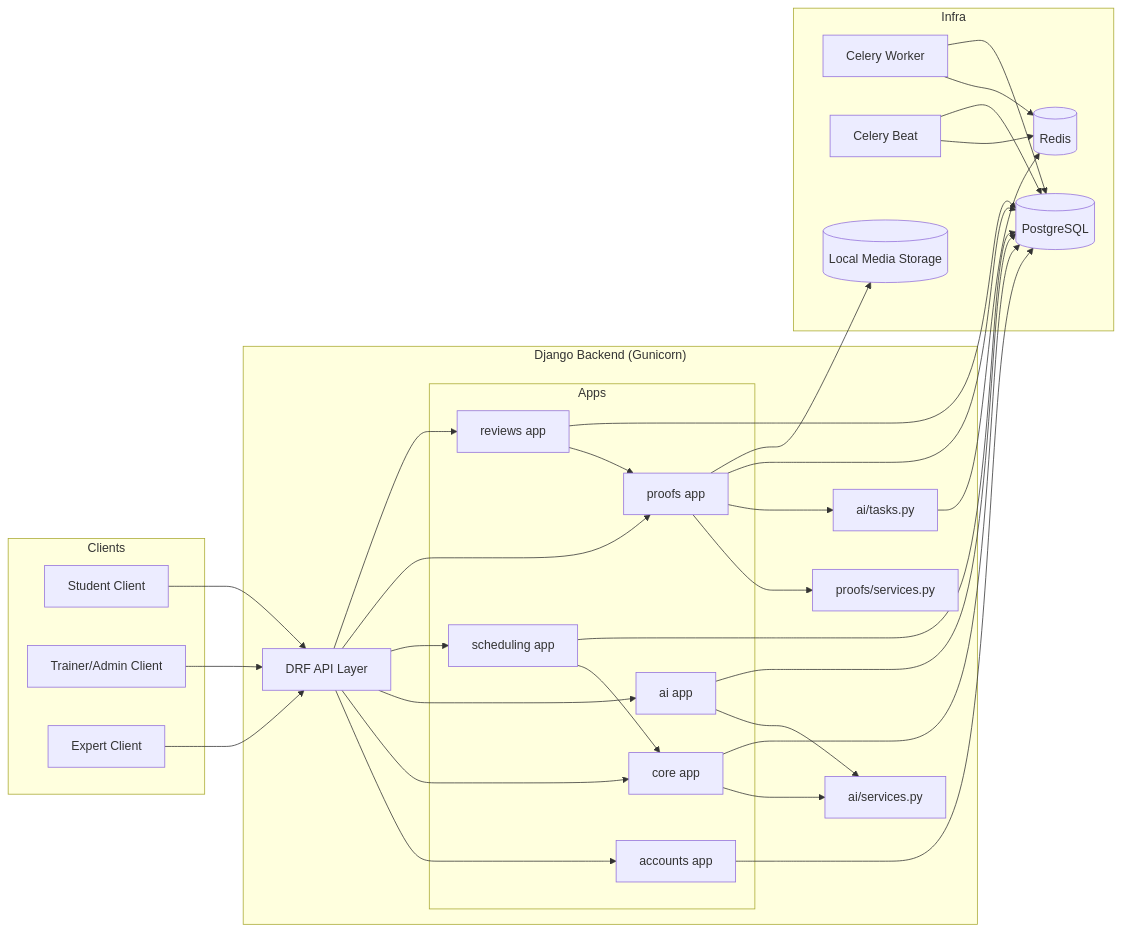
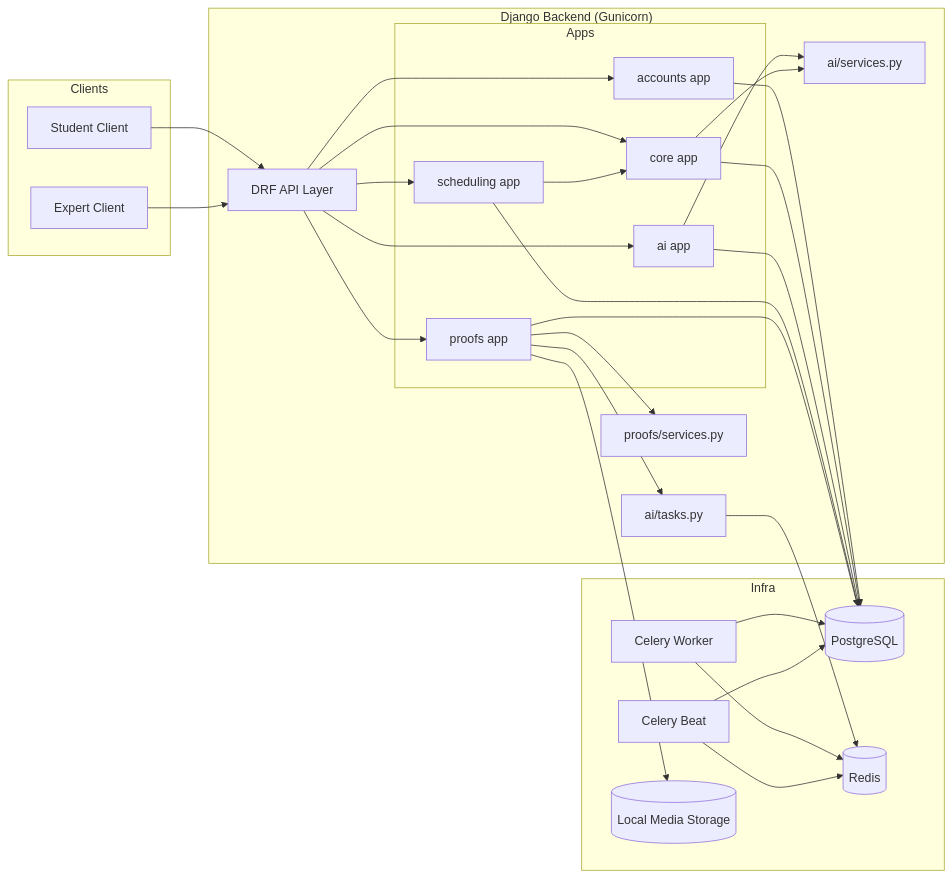
One commit to samaltion114-netizen/Senior_project changed the diagram in docs/diagrams/02_component_diagram.md. Above: the diagram before and after it, drawn with Mermaid. The commit also changed 27 other files, not shown here.

````diff
--- a/docs/diagrams/02_component_diagram.md
+++ b/docs/diagrams/02_component_diagram.md
@@ -3,61 +3,55 @@
 ```mermaid
 flowchart LR
   subgraph Clients
     Student[Student Client]
-    Trainer[Trainer/Admin Client]
     Expert[Expert Client]
   end
 
   Student --> API
-  Trainer --> API
   Expert --> API
 
   subgraph Django["Django Backend (Gunicorn)"]
     API[DRF API Layer]
 
     subgraph Apps
       ACC[accounts app]
       CORE[core app]
       AI[ai app]
       SCH[scheduling app]
       PRF[proofs app]
-      REV[reviews app]
     end
 
     API --> ACC
     API --> CORE
     API --> AI
     API --> SCH
     API --> PRF
-    API --> REV
 
     AI --> AISVC[ai/services.py]
     PRF --> PRFSVC[proofs/services.py]
     PRF --> CELERYTASK[ai/tasks.py]
-    REV --> PRF
     SCH --> CORE
     CORE --> AISVC
   end
 
   subgraph Infra
     DB[(PostgreSQL)]
     REDIS[(Redis)]
     CELERY[Celery Worker]
     BEAT[Celery Beat]
     MEDIA[(Local Media Storage)]
   end
 
   ACC --> DB
   CORE --> DB
   AI --> DB
   SCH --> DB
   PRF --> DB
-  REV --> DB
 
   PRF --> MEDIA
   CELERYTASK --> REDIS
   CELERY --> REDIS
   BEAT --> REDIS
   CELERY --> DB
   BEAT --> DB
 ```
````
